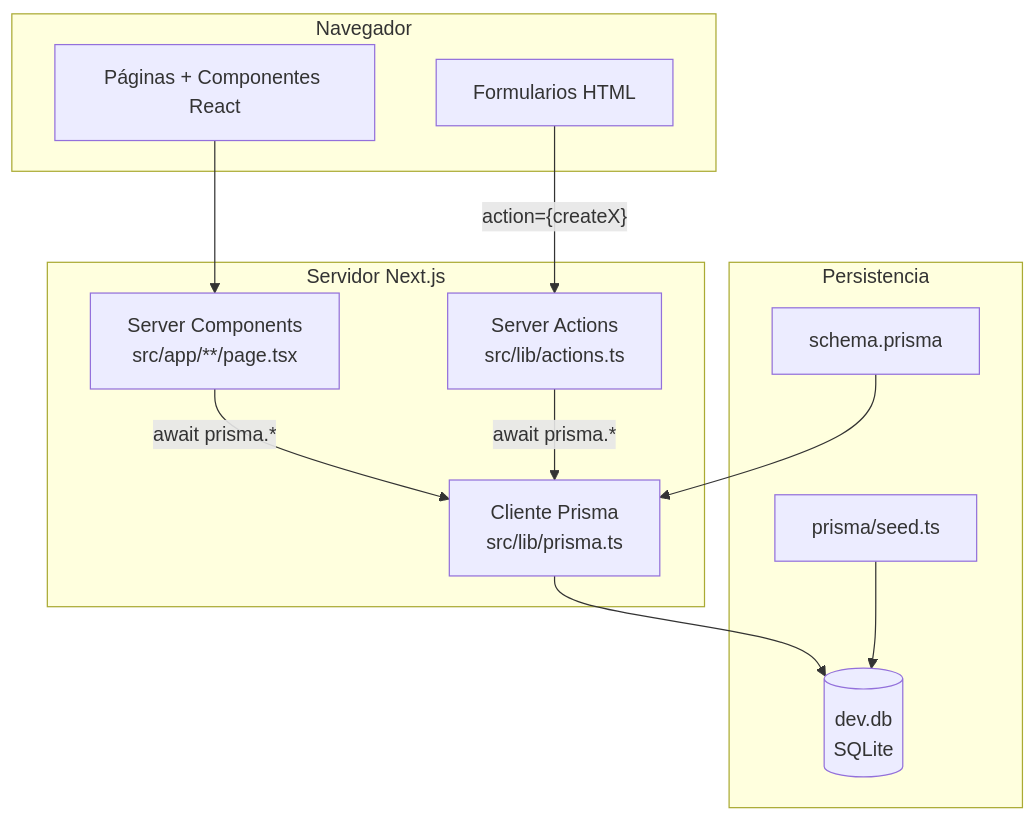
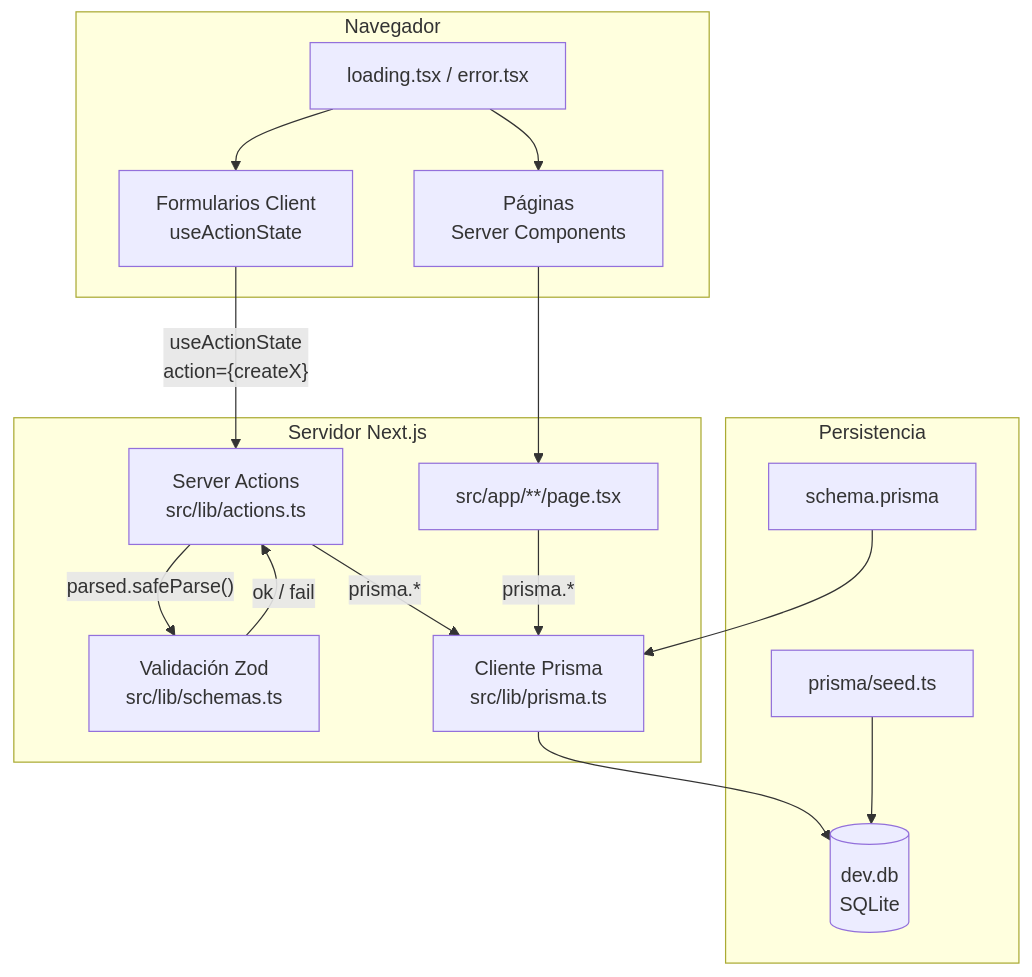
One commit to lautioliver/UcaNode changed the first of 6 diagrams in README.md. Above: the diagram before and after it, drawn with Mermaid. The commit also changed other lines of this file and 30 other files, not shown here.

Commit message:
Add error/loading/not-found pages, forms, schemas, theme toggle, rate limit, robots/sitemap, and vitest config

````diff
--- a/README.md
+++ b/README.md
@@ -59,27 +62,32 @@
 ```mermaid
 flowchart TB
     subgraph Browser["Navegador"]
-        UI["Páginas + Componentes React"]
-        Forms["Formularios HTML"]
+        UI["Páginas<br/>Server Components"]
+        FormsUI["Formularios Client<br/>useActionState"]
+        Loading["loading.tsx / error.tsx"]
     end
 
     subgraph NextServer["Servidor Next.js"]
-        Pages["Server Components<br/>src/app/**/page.tsx"]
+        Pages["src/app/**/page.tsx"]
         Actions["Server Actions<br/>src/lib/actions.ts"]
+        Schemas["Validación Zod<br/>src/lib/schemas.ts"]
         PrismaLib["Cliente Prisma<br/>src/lib/prisma.ts"]
     end
 
     subgraph Data["Persistencia"]
-        Schema["schema.prisma"]
+        SchemaDef["schema.prisma"]
         DB[("dev.db<br/>SQLite")]
         Seed["prisma/seed.ts"]
     end
 
     UI --> Pages
-    Forms -->|"action={createX}"| Actions
-    Pages -->|"await prisma.*"| PrismaLib
-    Actions -->|"await prisma.*"| PrismaLib
+    FormsUI -->|"useActionState<br/>action={createX}"| Actions
+    Actions -->|"parsed.safeParse()"| Schemas
+    Schemas -->|"ok / fail"| Actions
+    Actions -->|"prisma.*"| PrismaLib
+    Pages -->|"prisma.*"| PrismaLib
     PrismaLib --> DB
-    Schema --> PrismaLib
+    SchemaDef --> PrismaLib
     Seed --> DB
+    Loading --> UI & FormsUI
 ```
````
